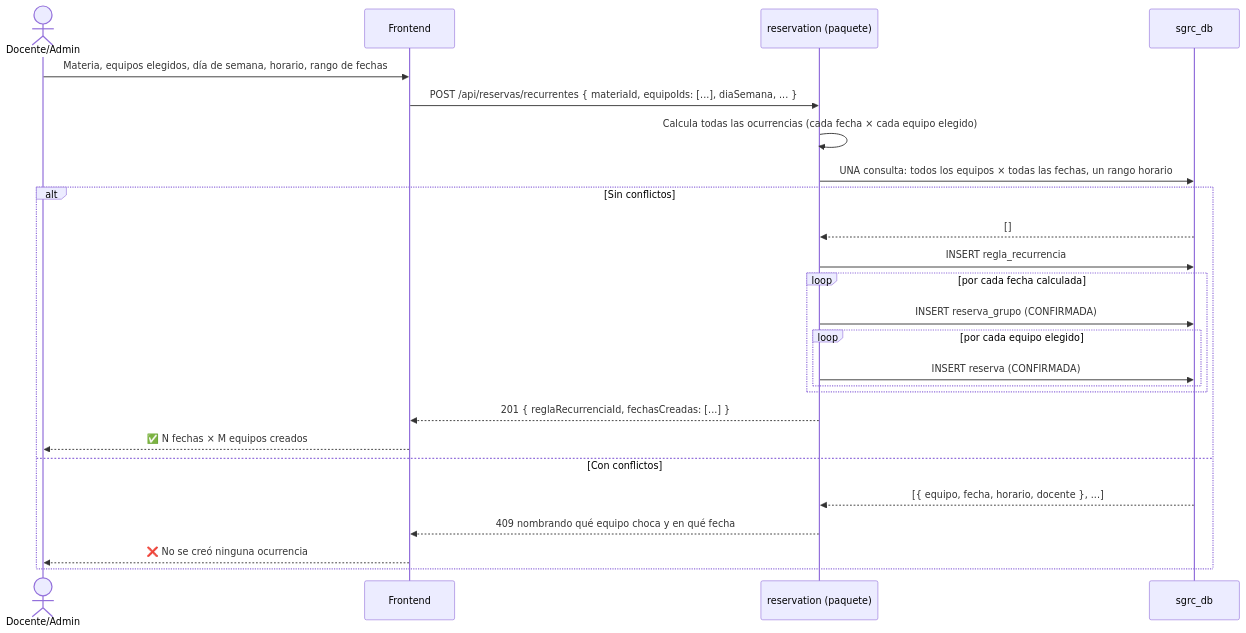
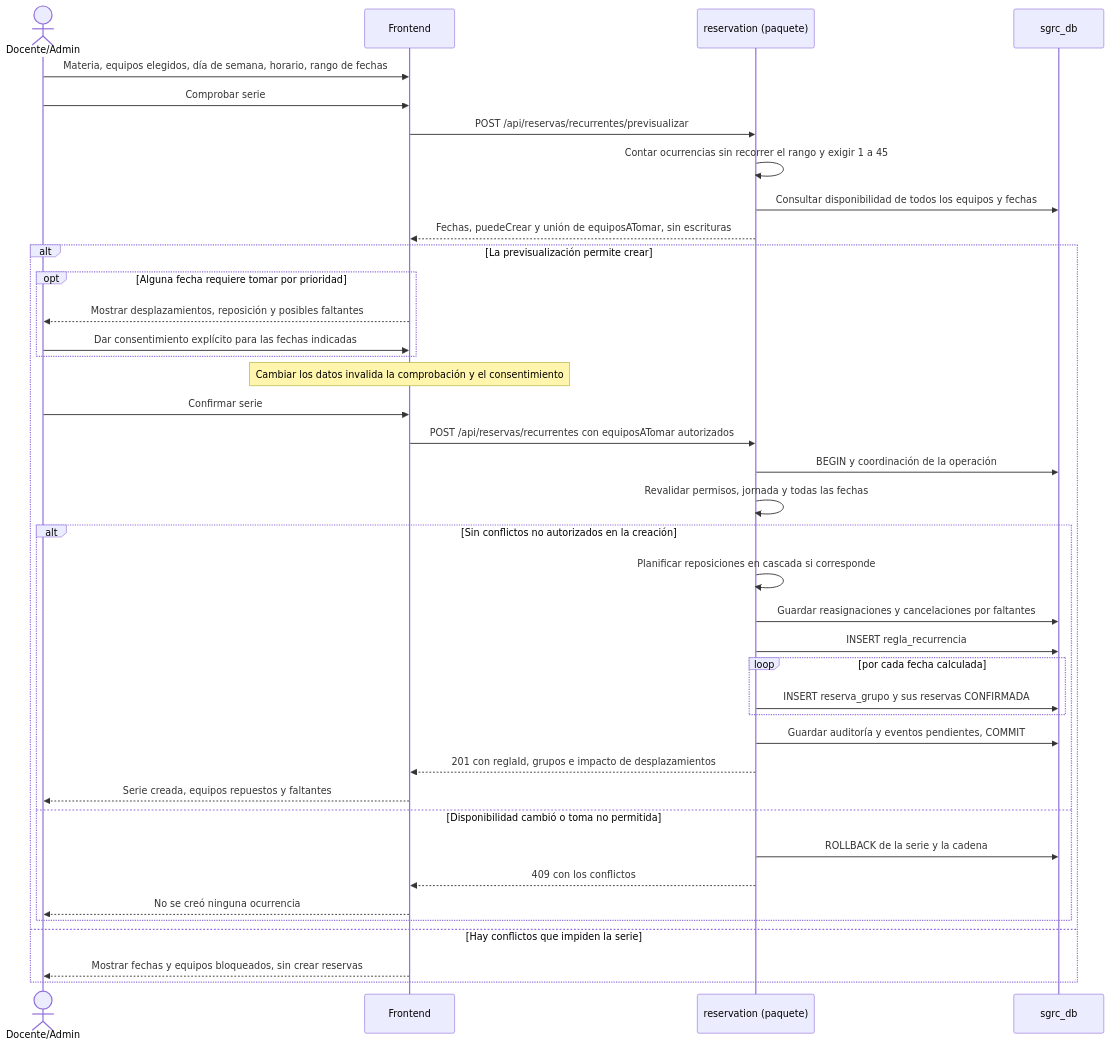
Before and after one commit to agustin-y2k/sgrc: the fifth of 15 diagrams in docs/04-diagramas-secuencia.md, drawn with Mermaid. The commit also changed other lines of this file and 14 other files, not shown here.

````diff
--- a/docs/04-diagramas-secuencia.md
+++ b/docs/04-diagramas-secuencia.md
@@ -164,28 +156,42 @@
 ```mermaid
 sequenceDiagram
     actor U as Docente/Admin
     participant FE as Frontend
     participant RES as reservation (paquete)
     participant DB as sgrc_db
 
     U->>FE: Materia, equipos elegidos, día de semana, horario, rango de fechas
-    FE->>RES: POST /api/reservas/recurrentes { materiaId, equipoIds: [...], diaSemana, ... }
-    RES->>RES: Calcula todas las ocurrencias (cada fecha × cada equipo elegido)
-    RES->>DB: UNA consulta: todos los equipos × todas las fechas, un rango horario
-    alt Sin conflictos
-        DB-->>RES: []
-        RES->>DB: INSERT regla_recurrencia
-        loop por cada fecha calculada
-            RES->>DB: INSERT reserva_grupo (CONFIRMADA)
-            loop por cada equipo elegido
-                RES->>DB: INSERT reserva (CONFIRMADA)
+    U->>FE: Comprobar serie
+    FE->>RES: POST /api/reservas/recurrentes/previsualizar
+    RES->>RES: Contar ocurrencias sin recorrer el rango y exigir 1 a 45
+    RES->>DB: Consultar disponibilidad de todos los equipos y fechas
+    RES-->>FE: Fechas, puedeCrear y unión de equiposATomar, sin escrituras
+    alt La previsualización permite crear
+        opt Alguna fecha requiere tomar por prioridad
+            FE-->>U: Mostrar desplazamientos, reposición y posibles faltantes
+            U->>FE: Dar consentimiento explícito para las fechas indicadas
+        end
+        Note over FE: Cambiar los datos invalida la comprobación y el consentimiento
+        U->>FE: Confirmar serie
+        FE->>RES: POST /api/reservas/recurrentes con equiposATomar autorizados
+        RES->>DB: BEGIN y coordinación de la operación
+        RES->>RES: Revalidar permisos, jornada y todas las fechas
+        alt Sin conflictos no autorizados en la creación
+            RES->>RES: Planificar reposiciones en cascada si corresponde
+            RES->>DB: Guardar reasignaciones y cancelaciones por faltantes
+            RES->>DB: INSERT regla_recurrencia
+            loop por cada fecha calculada
+                RES->>DB: INSERT reserva_grupo y sus reservas CONFIRMADA
             end
+            RES->>DB: Guardar auditoría y eventos pendientes, COMMIT
+            RES-->>FE: 201 con reglaId, grupos e impacto de desplazamientos
+            FE-->>U: Serie creada, equipos repuestos y faltantes
+        else Disponibilidad cambió o toma no permitida
+            RES->>DB: ROLLBACK de la serie y la cadena
+            RES-->>FE: 409 con los conflictos
+            FE-->>U: No se creó ninguna ocurrencia
         end
-        RES-->>FE: 201 { reglaRecurrenciaId, fechasCreadas: [...] }
-        FE-->>U: ✅ N fechas × M equipos creados
-    else Con conflictos
-        DB-->>RES: [{ equipo, fecha, horario, docente }, ...]
-        RES-->>FE: 409 nombrando qué equipo choca y en qué fecha
-        FE-->>U: ❌ No se creó ninguna ocurrencia
+    else Hay conflictos que impiden la serie
+        FE-->>U: Mostrar fechas y equipos bloqueados, sin crear reservas
     end
 ```
````
